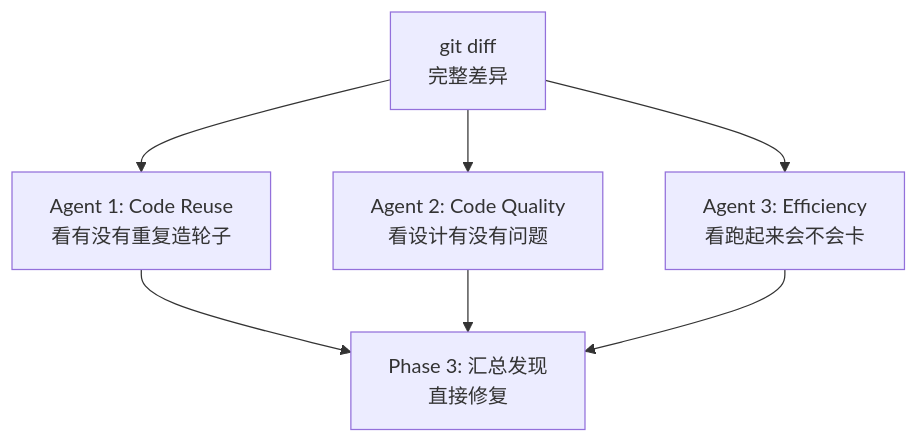
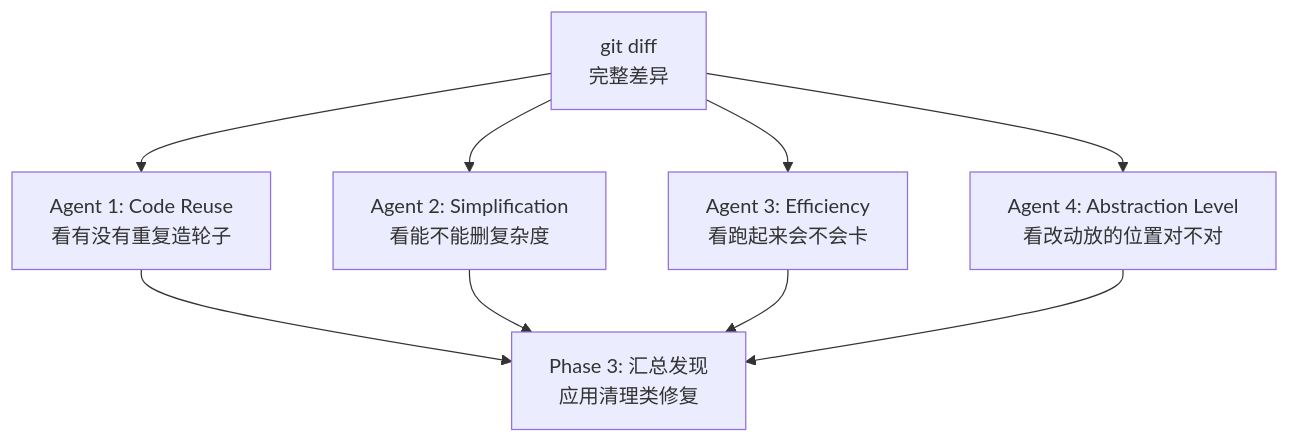
One commit to Snailclimb/JavaGuide changed the diagram in docs/ai-coding/practices/claudecode-commands.md. Above: the diagram before and after it, drawn with Mermaid. The commit also changed other lines of this file and 8 other files, not shown here.

````diff
--- a/docs/ai-coding/practices/claudecode-commands.md
+++ b/docs/ai-coding/practices/claudecode-commands.md
@@ -38,9 +40,11 @@
 ```mermaid
 flowchart TB
     Diff["git diff<br/>完整差异"] --> A1["Agent 1: Code Reuse<br/>看有没有重复造轮子"]
-    Diff --> A2["Agent 2: Code Quality<br/>看设计有没有问题"]
+    Diff --> A2["Agent 2: Simplification<br/>看能不能删复杂度"]
     Diff --> A3["Agent 3: Efficiency<br/>看跑起来会不会卡"]
-    A1 --> Fix["Phase 3: 汇总发现<br/>直接修复"]
+    Diff --> A4["Agent 4: Abstraction Level<br/>看改动放的位置对不对"]
+    A1 --> Fix["Phase 3: 汇总发现<br/>应用清理类修复"]
     A2 --> Fix
     A3 --> Fix
+    A4 --> Fix
 ```
````
